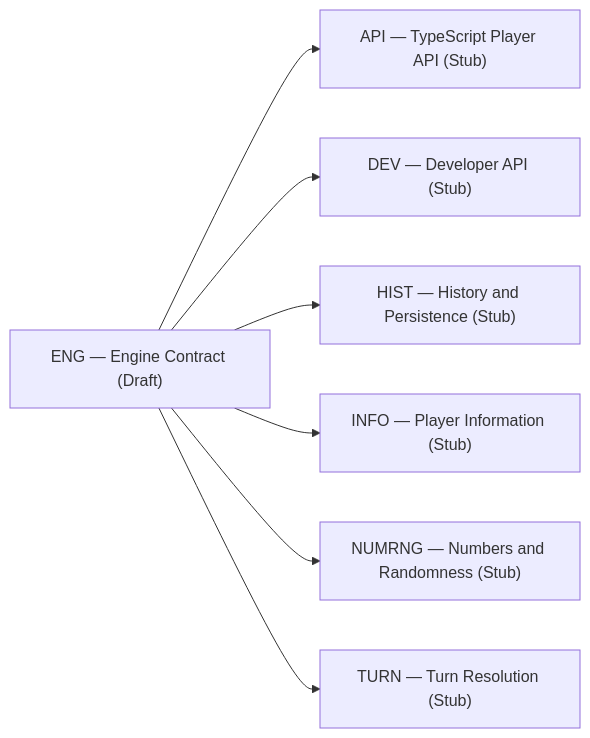
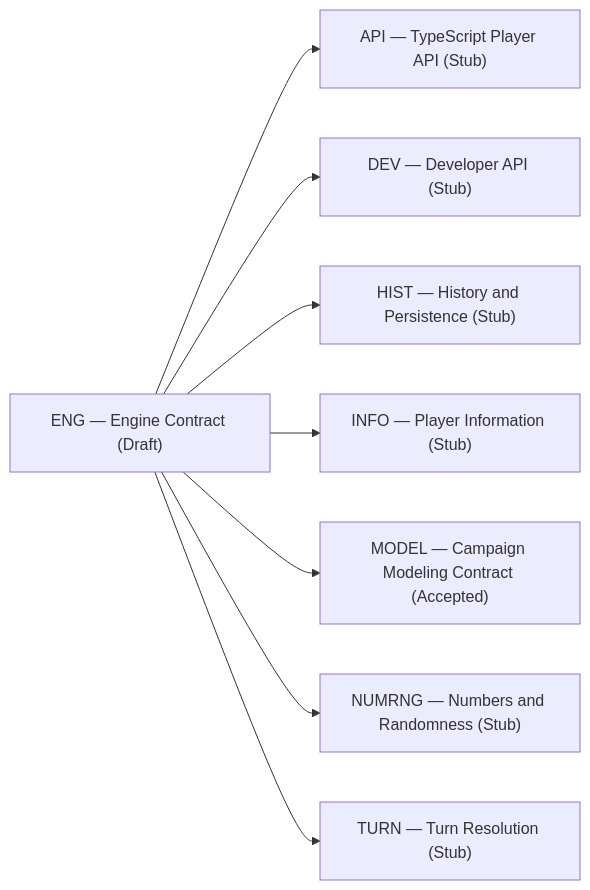
One commit to konrad-jamrozik/game-v5 changed the second of 2 diagrams in docs/derived/relationships/refines.md. Above: the diagram before and after it, drawn with Mermaid. The commit also changed 23 other files, not shown here.

Commit message:
Separate core concepts from campaign modeling contracts

````diff
--- a/docs/derived/relationships/refines.md
+++ b/docs/derived/relationships/refines.md
@@ -36,16 +36,18 @@
 ```mermaid
 flowchart LR
   API["API — TypeScript Player API (Stub)"]
   DEV["DEV — Developer API (Stub)"]
   ENG["ENG — Engine Contract (Draft)"]
   HIST["HIST — History and Persistence (Stub)"]
   INFO["INFO — Player Information (Stub)"]
+  MODEL["MODEL — Campaign Modeling Contract (Accepted)"]
   NUMRNG["NUMRNG — Numbers and Randomness (Stub)"]
   TURN["TURN — Turn Resolution (Stub)"]
   ENG --> API
   ENG --> DEV
   ENG --> HIST
   ENG --> INFO
+  ENG --> MODEL
   ENG --> NUMRNG
   ENG --> TURN
 ```
````
